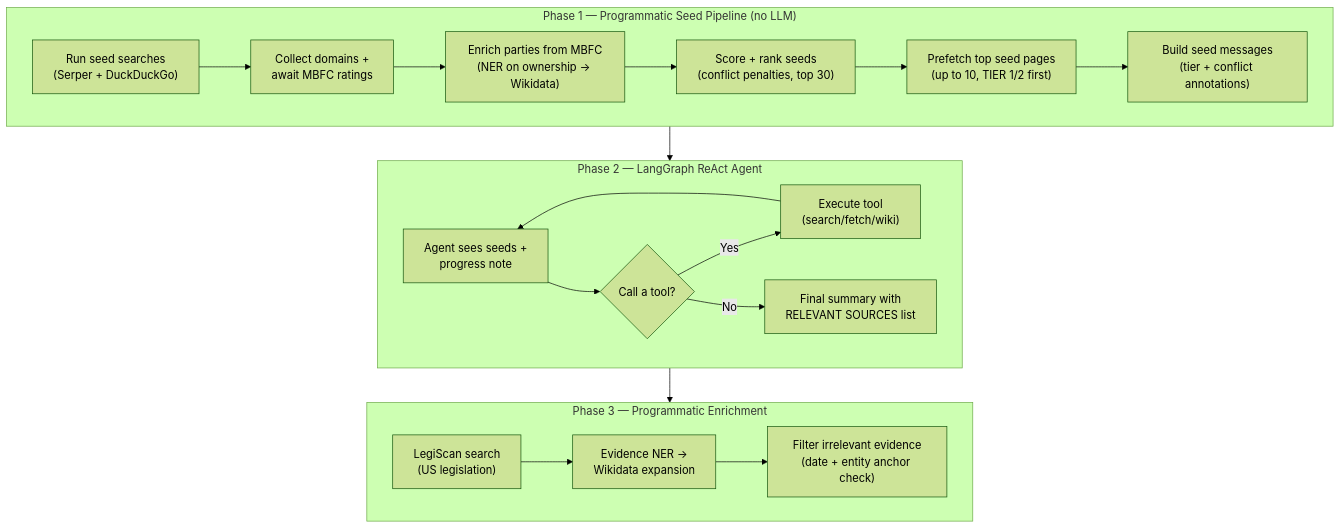
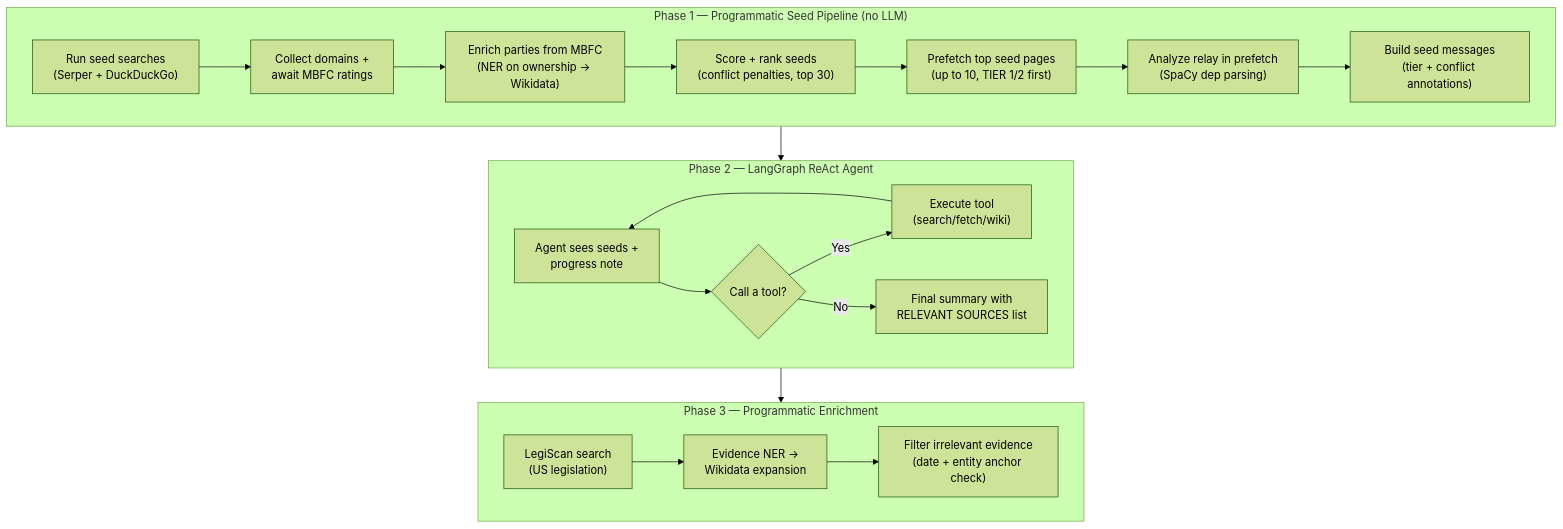
Before and after one commit to vedantadhobley/spin-cycle: the second of 2 diagrams in docs/llm-calls.md, drawn with Mermaid (forest theme). The commit also changed other lines of this file and 4 other files, not shown here.

````diff
--- a/docs/llm-calls.md
+++ b/docs/llm-calls.md
@@ -259,24 +262,25 @@
 ```mermaid
 flowchart TD
     subgraph Phase1["Phase 1 — Programmatic Seed Pipeline (no LLM)"]
         S1["Run seed searches\n(Serper + DuckDuckGo)"] --> S2["Collect domains +\nawait MBFC ratings"]
         S2 --> S3["Enrich parties from MBFC\n(NER on ownership → Wikidata)"]
         S3 --> S4["Score + rank seeds\n(conflict penalties, top 30)"]
         S4 --> S5["Prefetch top seed pages\n(up to 10, TIER 1/2 first)"]
-        S5 --> S6["Build seed messages\n(tier + conflict annotations)"]
+        S5 --> S5b["Analyze relay in prefetch\n(SpaCy dep parsing)"]
+        S5b --> S6["Build seed messages\n(tier + conflict annotations)"]
     end
 
     subgraph Phase2["Phase 2 — LangGraph ReAct Agent"]
         A1["Agent sees seeds +\nprogress note"] --> A2{"Call a tool?"}
         A2 -->|Yes| A3["Execute tool\n(search/fetch/wiki)"]
         A3 --> A1
         A2 -->|No| A4["Final summary with\nRELEVANT SOURCES list"]
     end
 
     subgraph Phase3["Phase 3 — Programmatic Enrichment"]
         E1["LegiScan search\n(US legislation)"] --> E2["Evidence NER →\nWikidata expansion"]
         E2 --> E3["Filter irrelevant evidence\n(date + entity anchor check)"]
     end
 
     Phase1 --> Phase2 --> Phase3
 ```
````
